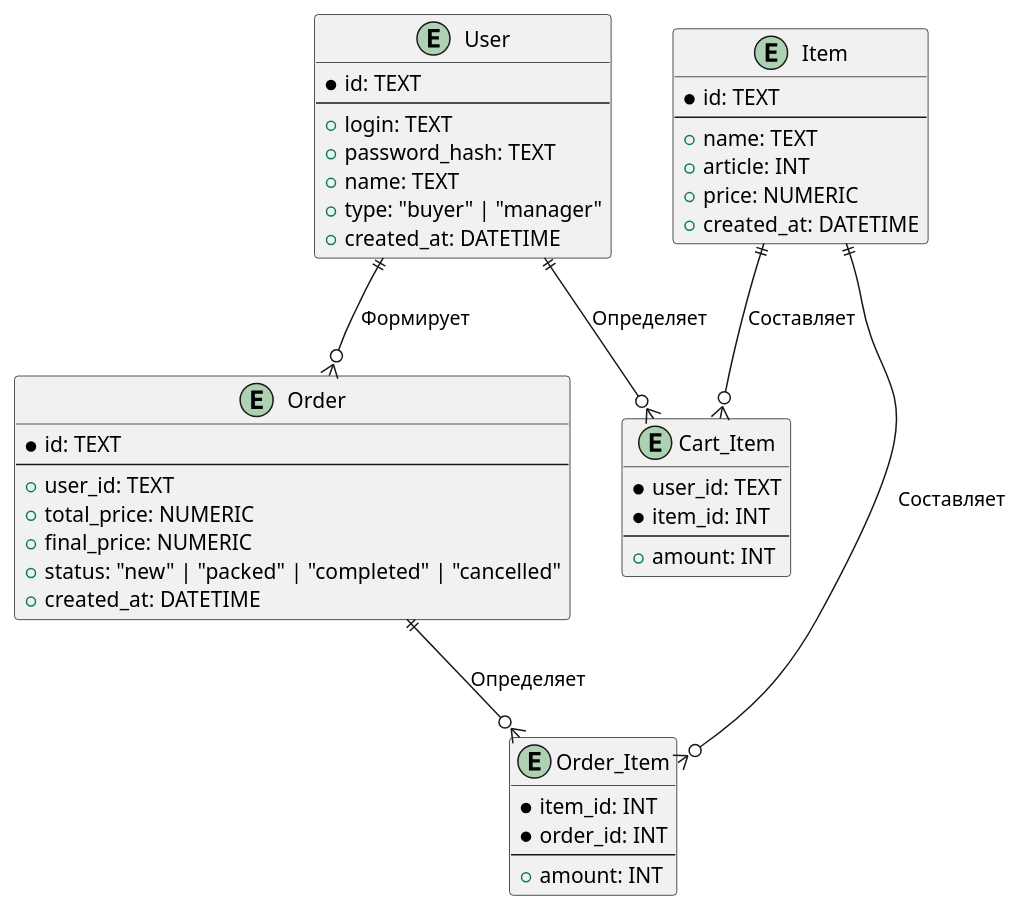
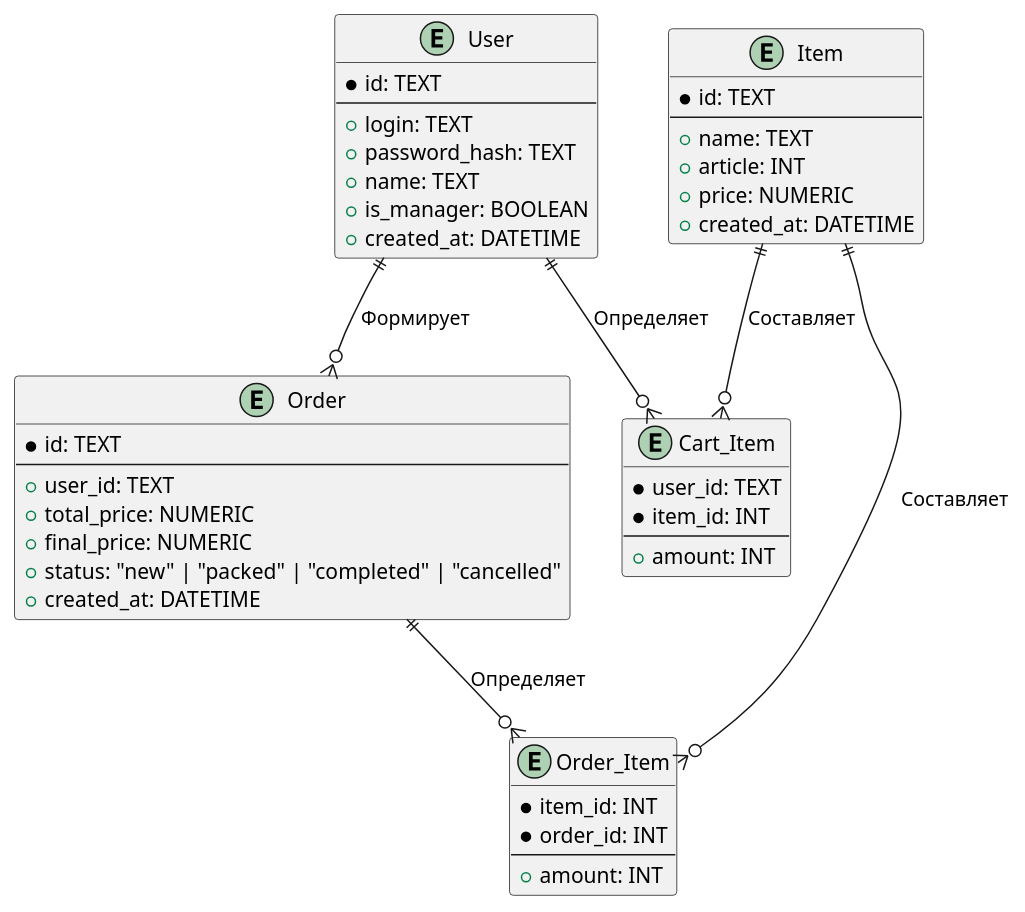
Before and after one commit to Efimish/university-4sem-pis-coursework: the diagram in docs/db-diagram.puml, drawn with PlantUML. The commit also changed 53 other files, not shown here.

```diff
--- a/docs/db-diagram.puml
+++ b/docs/db-diagram.puml
@@ -1,53 +1,53 @@
 @startuml Диаграмма базы данных
 
 entity User {
   * id: TEXT
   --
   + login: TEXT
   + password_hash: TEXT
   + name: TEXT
-  + type: "buyer" | "manager"
+  + is_manager: BOOLEAN
   + created_at: DATETIME
 }
 
 entity Item {
   * id: TEXT
   --
   + name: TEXT
   + article: INT
   + price: NUMERIC
   + created_at: DATETIME
 }
 
 entity Cart_Item {
   * user_id: TEXT
   * item_id: INT
   --
   + amount: INT
 }
 
 entity Order {
   * id: TEXT
   --
   + user_id: TEXT
   + total_price: NUMERIC
   + final_price: NUMERIC
   + status: "new" | "packed" | "completed" | "cancelled"
   + created_at: DATETIME
 }
 
 entity Order_Item {
   * item_id: INT
   * order_id: INT
   --
   + amount: INT
 }
 
 User  ||--o{ Order      : Формирует
 Order ||--o{ Order_Item : Определяет
 Item  ||--o{ Order_Item : Составляет
 
 User ||--o{ Cart_Item : Определяет
 Item ||--o{ Cart_Item : Составляет
 
 @enduml
```
